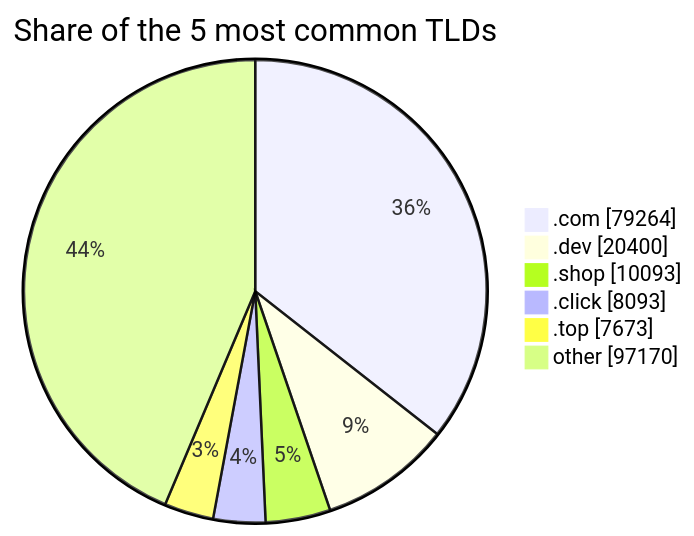
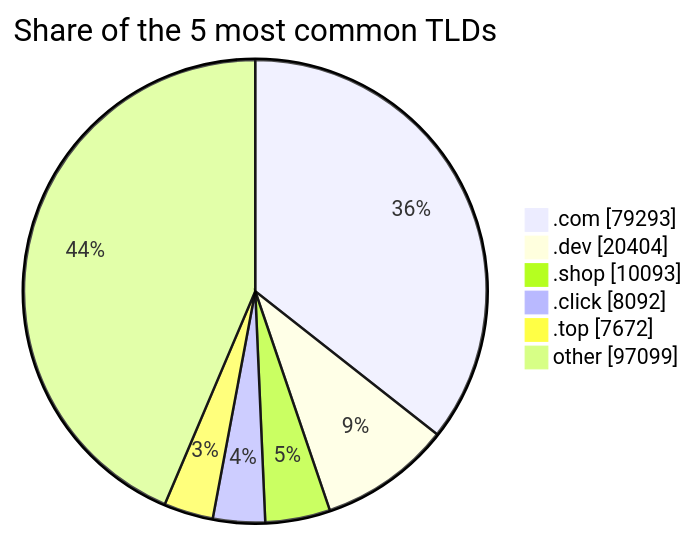
Before and after one commit to DNSBunker/CTI: the third of 3 diagrams in README.md, drawn with Mermaid. The commit also changed other lines of this file and 3 other files, not shown here.

````diff
--- a/README.md
+++ b/README.md
@@ -81,9 +81,9 @@
 ```mermaid
 pie showData title Share of the 5 most common TLDs
-    ".com" : 79264
-    ".dev" : 20400
+    ".com" : 79293
+    ".dev" : 20404
     ".shop" : 10093
-    ".click" : 8093
-    ".top" : 7673
-    "other" : 97170
+    ".click" : 8092
+    ".top" : 7672
+    "other" : 97099
 ```
````
